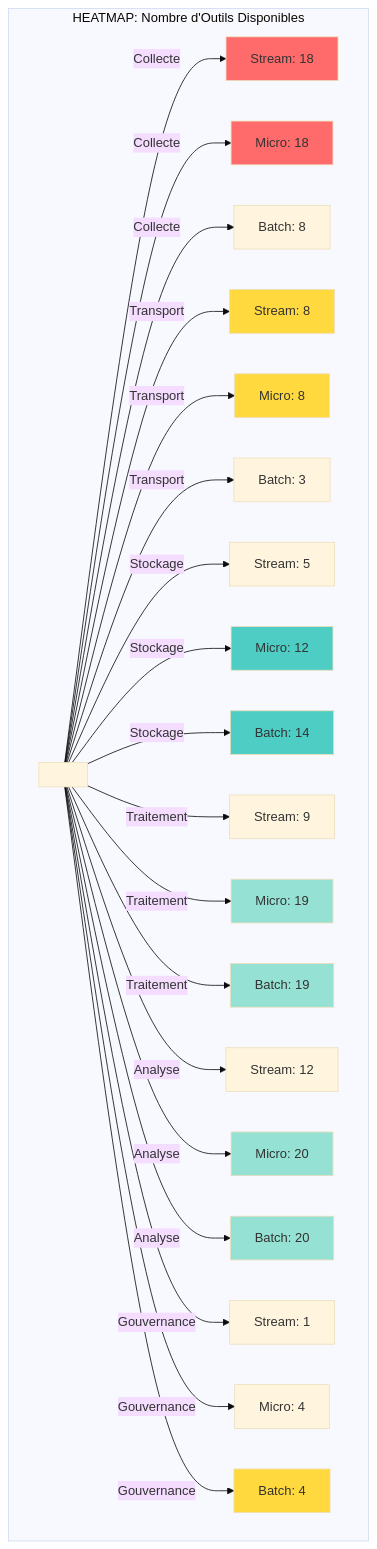
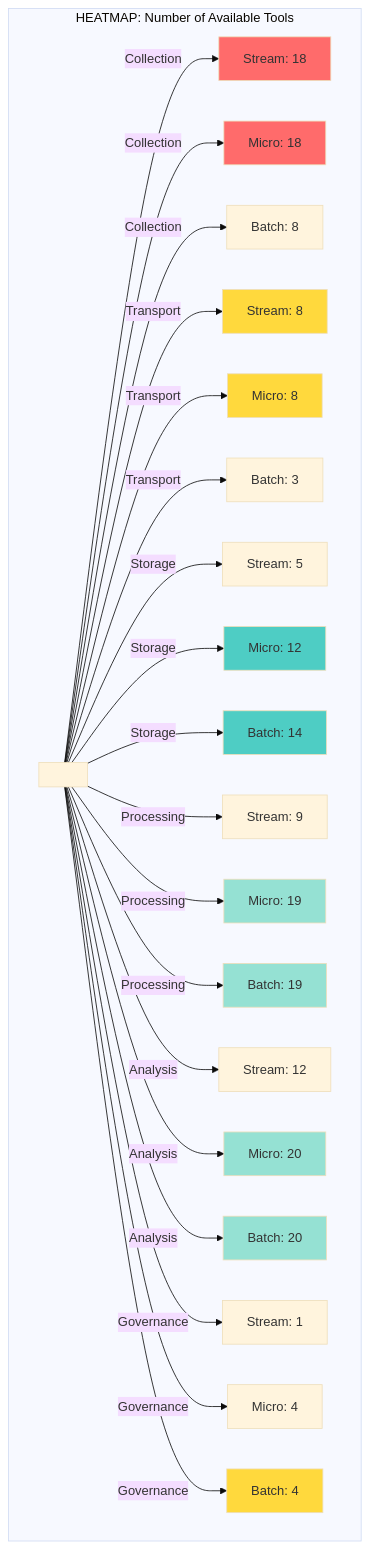
One commit to olexya/oss-data-tools-landscape changed the first of 6 diagrams in 08.visualisations_classification.md. Above: the diagram before and after it, drawn with Mermaid. The commit also changed other lines of this file and 29 other files, not shown here.

````diff
--- a/08.visualisations_classification.md
+++ b/08.visualisations_classification.md
@@ -31,41 +31,41 @@
 ```mermaid
 %%{init: {'theme':'base'}}%%
 graph TD
-    subgraph "HEATMAP: Nombre d'Outils Disponibles"
-        A[" "] -->|" Collecte"| B1[" Stream: 18"]
-        A -->|" Collecte"| B2[" Micro: 18"]
-        A -->|" Collecte"| B3[" Batch: 8"]
+    subgraph "HEATMAP: Number of Available Tools"
+        A[" "] -->|" Collection"| B1[" Stream: 18"]
+        A -->|" Collection"| B2[" Micro: 18"]
+        A -->|" Collection"| B3[" Batch: 8"]
 
         A -->|" Transport"| C1[" Stream: 8"]
         A -->|" Transport"| C2[" Micro: 8"]
         A -->|" Transport"| C3[" Batch: 3"]
 
-        A -->|" Stockage"| D1[" Stream: 5"]
-        A -->|" Stockage"| D2[" Micro: 12"]
-        A -->|" Stockage"| D3[" Batch: 14"]
+        A -->|" Storage"| D1[" Stream: 5"]
+        A -->|" Storage"| D2[" Micro: 12"]
+        A -->|" Storage"| D3[" Batch: 14"]
 
-        A -->|" Traitement"| E1[" Stream: 9"]
-        A -->|" Traitement"| E2[" Micro: 19"]
-        A -->|" Traitement"| E3[" Batch: 19"]
+        A -->|" Processing"| E1[" Stream: 9"]
+        A -->|" Processing"| E2[" Micro: 19"]
+        A -->|" Processing"| E3[" Batch: 19"]
 
-        A -->|" Analyse"| F1[" Stream: 12"]
-        A -->|" Analyse"| F2[" Micro: 20"]
-        A -->|" Analyse"| F3[" Batch: 20"]
+        A -->|" Analysis"| F1[" Stream: 12"]
+        A -->|" Analysis"| F2[" Micro: 20"]
+        A -->|" Analysis"| F3[" Batch: 20"]
 
-        A -->|" Gouvernance"| G1[" Stream: 1"]
-        A -->|" Gouvernance"| G2[" Micro: 4"]
-        A -->|" Gouvernance"| G3[" Batch: 4"]
+        A -->|" Governance"| G1[" Stream: 1"]
+        A -->|" Governance"| G2[" Micro: 4"]
+        A -->|" Governance"| G3[" Batch: 4"]
     end
 
     style B1 fill:#ff6b6b
     style B2 fill:#ff6b6b
     style C1 fill:#ffd93d
     style C2 fill:#ffd93d
     style D2 fill:#4ecdc4
     style D3 fill:#4ecdc4
     style E2 fill:#95e1d3
     style E3 fill:#95e1d3
     style F2 fill:#95e1d3
     style F3 fill:#95e1d3
     style G3 fill:#ffd93d
 ```
````
